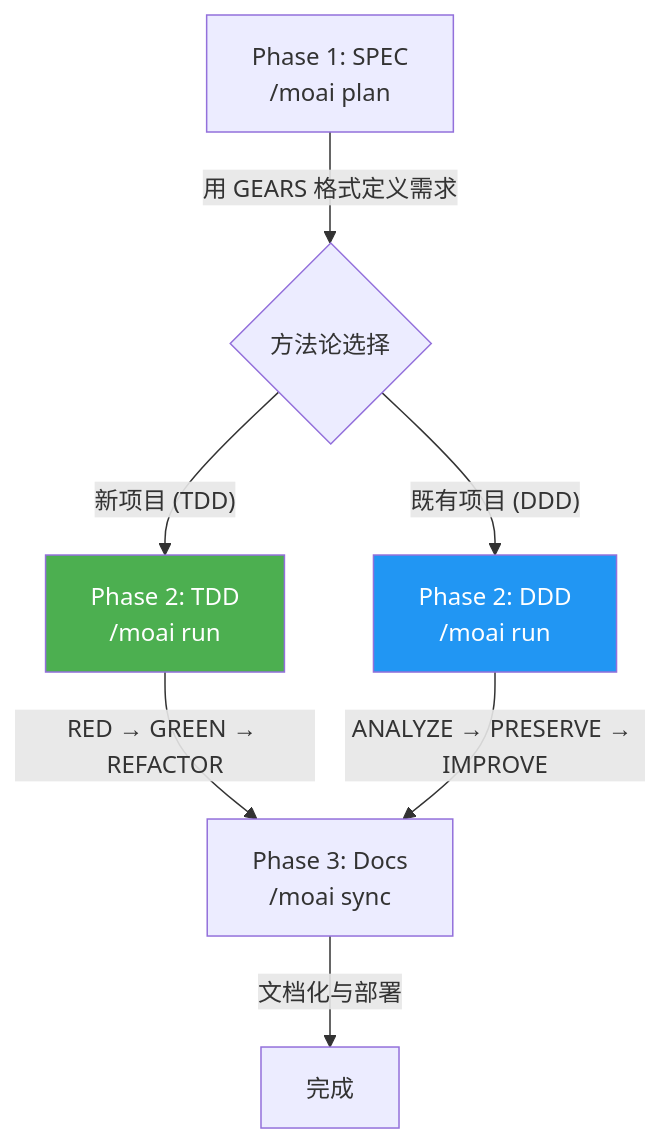
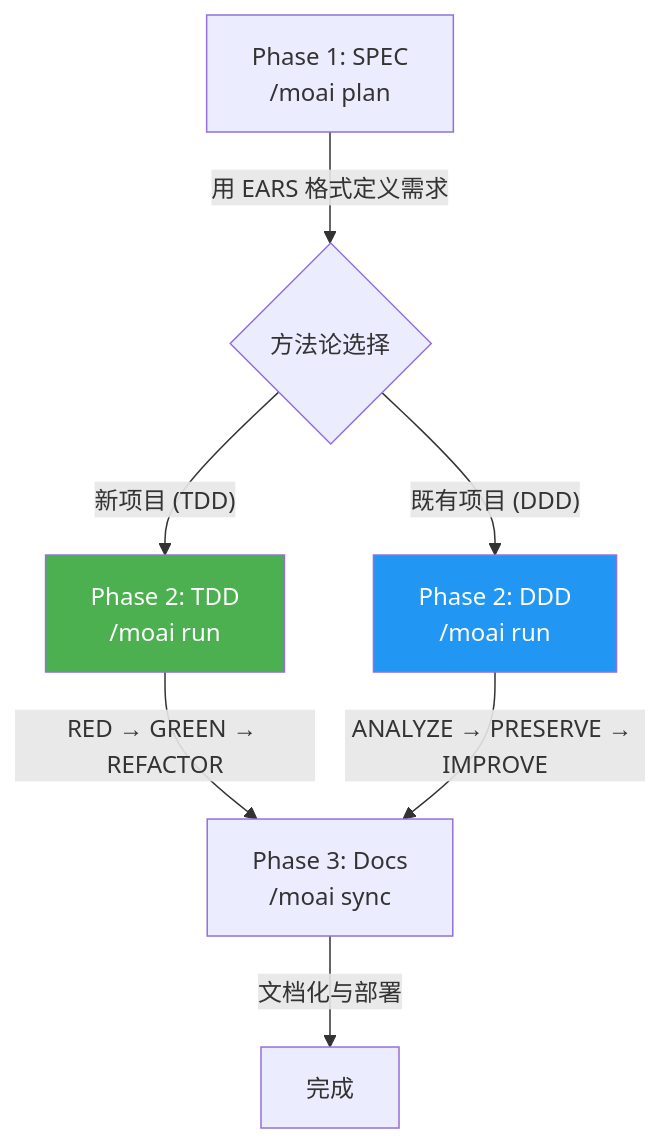
One commit to modu-ai/moai-adk changed the second of 2 diagrams in docs-site/content/zh/getting-started/introduction.md. Above: the diagram before and after it, drawn with Mermaid. The commit also changed other lines of this file and 198 other files, not shown here.

````diff
--- a/docs-site/content/zh/getting-started/introduction.md
+++ b/docs-site/content/zh/getting-started/introduction.md
@@ -213,12 +213,12 @@
 ```mermaid
 flowchart TD
-    A["Phase 1: SPEC<br/>/moai plan"] -->|"用 GEARS 格式定义需求"| B{"方法论选择"}
+    A["Phase 1: SPEC<br/>/moai plan"] -->|"用 EARS 格式定义需求"| B{"方法论选择"}
     B -->|"新项目 (TDD)"| C["Phase 2: TDD<br/>/moai run"]
     B -->|"既有项目 (DDD)"| D["Phase 2: DDD<br/>/moai run"]
     C -->|"RED → GREEN → REFACTOR"| E["Phase 3: Docs<br/>/moai sync"]
     D -->|"ANALYZE → PRESERVE → IMPROVE"| E
     E -->|"文档化与部署"| F["完成"]
 
     style C fill:#4CAF50,color:#fff
     style D fill:#2196F3,color:#fff
 ```
````
